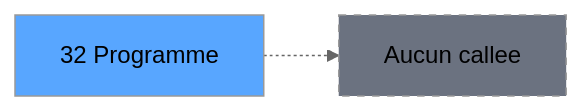
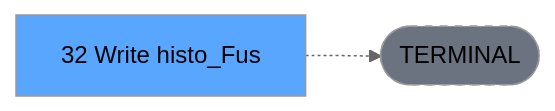
One commit to thonyAGP/lecteur-magic changed the third of 3 diagrams in .openspec/renders/ADH-IDE-32.md. Above: the diagram before and after it, drawn with Mermaid (neutral theme). The commit also changed other lines of this file and 701 other files, not shown here.

````diff
--- a/.openspec/renders/ADH-IDE-32.md
+++ b/.openspec/renders/ADH-IDE-32.md
@@ -141,8 +134,8 @@
 ```mermaid
 graph LR
-    T[32 Programme]
-    NONE[Aucun callee]
-    T -.-> NONE
+    T[32 Write histo_Fus]
+    TERM([TERMINAL])
+    T -.-> TERM
+    style TERM fill:#6b7280,stroke-dasharray: 5 5
     style T fill:#58a6ff,color:#000
-    style NONE fill:#6b7280,stroke-dasharray: 5 5
 ```
````
